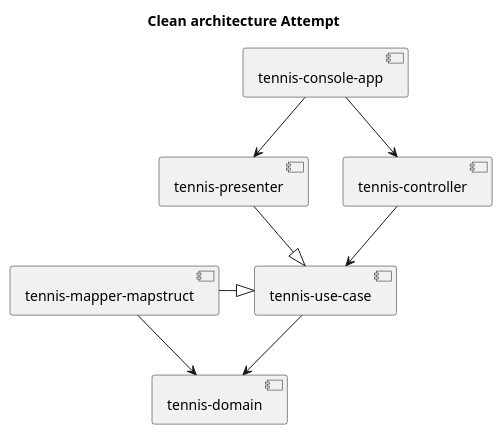
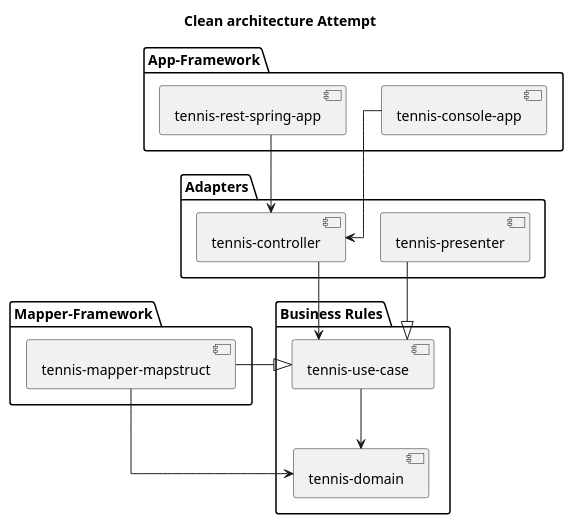
Before and after one commit to Sims07/simulateur-match-tennis: the diagram in CleanArchitectureAttempt.puml, drawn with PlantUML. The commit also changed 2 other files, not shown here.

Commit message:
Add plant uml diagram

```diff
--- a/CleanArchitectureAttempt.puml
+++ b/CleanArchitectureAttempt.puml
@@ -1,23 +1,34 @@
 @startuml
-skinparam linetype orth
+skinparam linetype ortho
 title Clean architecture Attempt
 
+package "Business Rules" {
 [tennis-use-case] as uc
 [tennis-domain] as domain
+}
 
+package "App-Framework" {
 [tennis-console-app] as consoleApp
+[tennis-rest-spring-app] as restSpringApp
+}
+
+package "Mapper-Framework" {
+[tennis-mapper-mapstruct] as mapper
+}
+
+package "Adapters" {
 [tennis-presenter] as presenter
 [tennis-controller] as controller
+}
 
-[tennis-mapper-mapstruct] as mapper
+consoleApp -D-> controller
+restSpringApp -D-> controller
 
-consoleApp -D-> presenter
-consoleApp -D-> controller
 controller -D-> uc
 presenter -D-|> uc
 
 uc -D-> domain
 mapper -R-|> uc
 mapper -R-> domain
 
 @enduml
```
